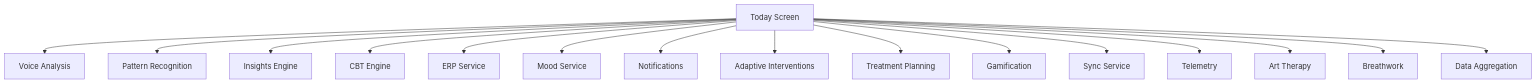
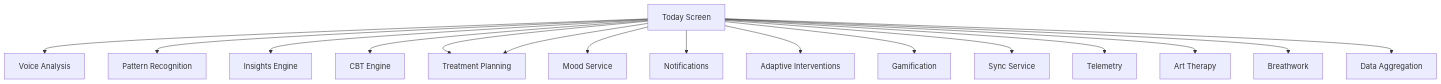
The first of 2 diagrams in docs/UNIFIED_AI_PIPELINE_IMPLEMENTATION.md (adilyoltay/obsessless-mobile-app), drawn with Mermaid before and after one commit. The commit also changed other lines of this file and 8 other files, not shown here.

Commit message:
Clean ERP references from all documentation files: AI_FEATURES_OCD_SCREEN, UX_DESIGN_GUIDE, UNIFIED_AI_PIPELINE_IMPLEMENTATION, AI_ANALYSIS_MINDMAP, FEATURE_STATUS_MATRIX, AI_COMPLETE_FLOW_ANALYSIS, ai_mindmap.mermaid, anayasa-v2, CHANGELOG

````diff
--- a/docs/UNIFIED_AI_PIPELINE_IMPLEMENTATION.md
+++ b/docs/UNIFIED_AI_PIPELINE_IMPLEMENTATION.md
@@ -8,18 +8,18 @@
 ```mermaid
 graph TB
     Today[Today Screen] --> V[Voice Analysis]
     Today --> P[Pattern Recognition]
     Today --> I[Insights Engine]
     Today --> C[CBT Engine]
-    Today --> E[ERP Service]
+    Today --> T[Therapy Service]
     Today --> M[Mood Service]
     Today --> N[Notifications]
     Today --> A[Adaptive Interventions]
     Today --> T[Treatment Planning]
     Today --> G[Gamification]
     Today --> S[Sync Service]
     Today --> Tel[Telemetry]
     Today --> Art[Art Therapy]
     Today --> Breath[Breathwork]
     Today --> Data[Data Aggregation]
 ```
````
